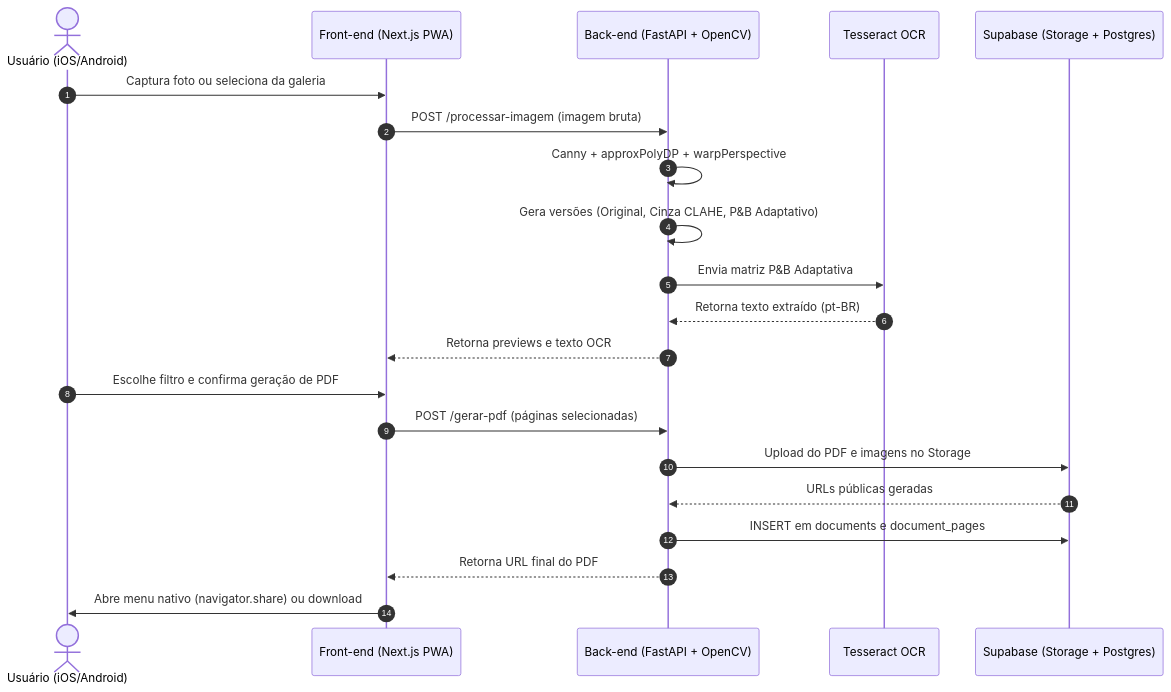
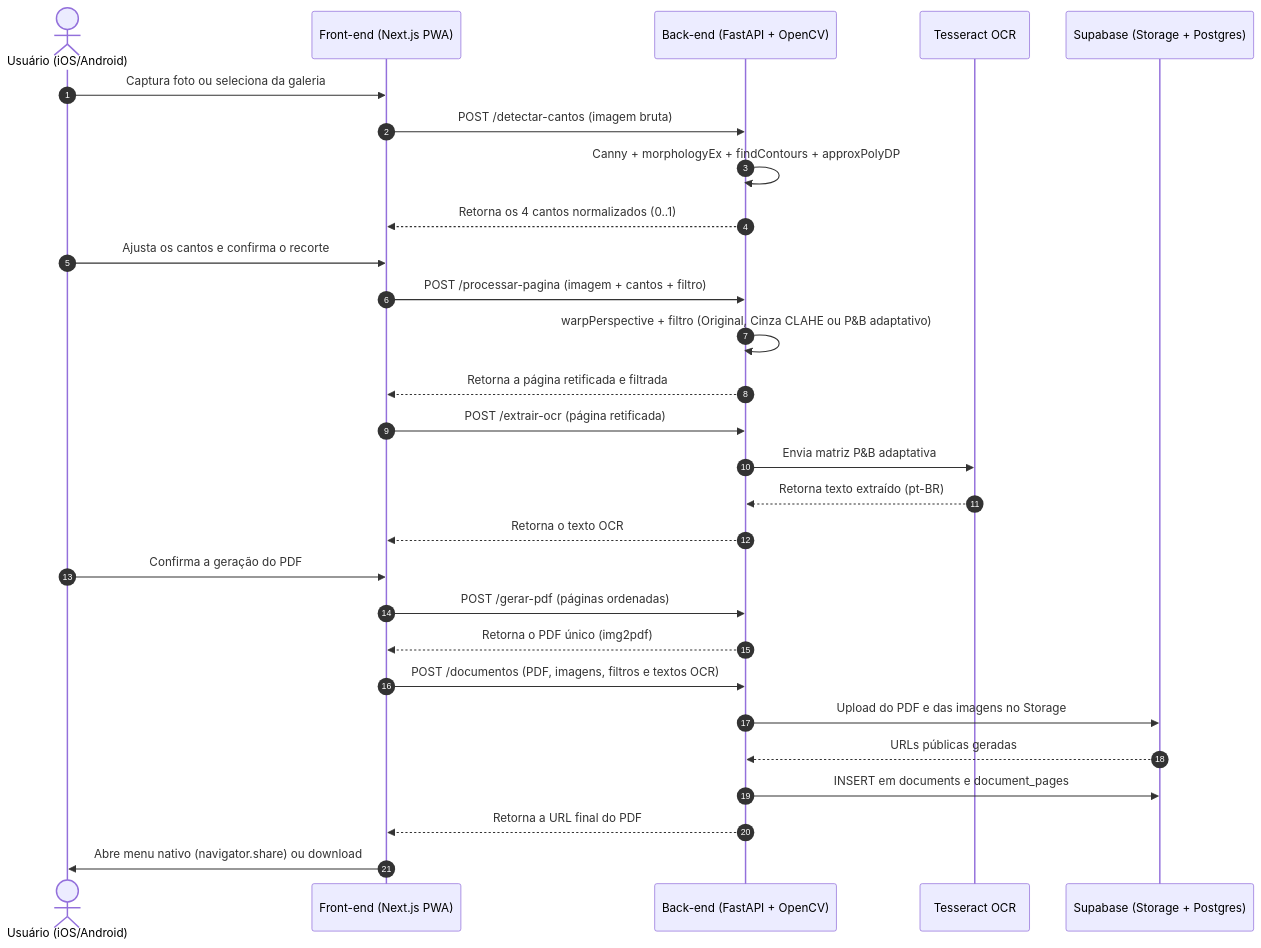
One commit to Gustavogconte/miniscan-desafio changed the second of 3 diagrams in docs/documentacao_miniscan.md. Above: the diagram before and after it, drawn with Mermaid. The commit also changed other lines of this file, not shown here.

Commit message:
docs(arquitetura): alinha rotas da api em português e registra limitação das políticas rls

````diff
--- a/docs/documentacao_miniscan.md
+++ b/docs/documentacao_miniscan.md
@@ -57,24 +57,31 @@
 ```mermaid
 sequenceDiagram
     autonumber
     actor U as Usuário (iOS/Android)
     participant PWA as Front-end (Next.js PWA)
     participant API as Back-end (FastAPI + OpenCV)
     participant OCR as Tesseract OCR
     participant SB as Supabase (Storage + Postgres)
 
     U->>PWA: Captura foto ou seleciona da galeria
-    PWA->>API: POST /processar-imagem (imagem bruta)
-    API->>API: Canny + approxPolyDP + warpPerspective
-    API->>API: Gera versões (Original, Cinza CLAHE, P&B Adaptativo)
-    API->>OCR: Envia matriz P&B Adaptativa
+    PWA->>API: POST /detectar-cantos (imagem bruta)
+    API->>API: Canny + morphologyEx + findContours + approxPolyDP
+    API-->>PWA: Retorna os 4 cantos normalizados (0..1)
+    U->>PWA: Ajusta os cantos e confirma o recorte
+    PWA->>API: POST /processar-pagina (imagem + cantos + filtro)
+    API->>API: warpPerspective + filtro (Original, Cinza CLAHE ou P&B adaptativo)
+    API-->>PWA: Retorna a página retificada e filtrada
+    PWA->>API: POST /extrair-ocr (página retificada)
+    API->>OCR: Envia matriz P&B adaptativa
     OCR-->>API: Retorna texto extraído (pt-BR)
-    API-->>PWA: Retorna previews e texto OCR
-    U->>PWA: Escolhe filtro e confirma geração de PDF
-    PWA->>API: POST /gerar-pdf (páginas selecionadas)
-    API->>SB: Upload do PDF e imagens no Storage
+    API-->>PWA: Retorna o texto OCR
+    U->>PWA: Confirma a geração do PDF
+    PWA->>API: POST /gerar-pdf (páginas ordenadas)
+    API-->>PWA: Retorna o PDF único (img2pdf)
+    PWA->>API: POST /documentos (PDF, imagens, filtros e textos OCR)
+    API->>SB: Upload do PDF e das imagens no Storage
     SB-->>API: URLs públicas geradas
     API->>SB: INSERT em documents e document_pages
-    API-->>PWA: Retorna URL final do PDF
+    API-->>PWA: Retorna a URL final do PDF
     PWA->>U: Abre menu nativo (navigator.share) ou download
 ```
````
